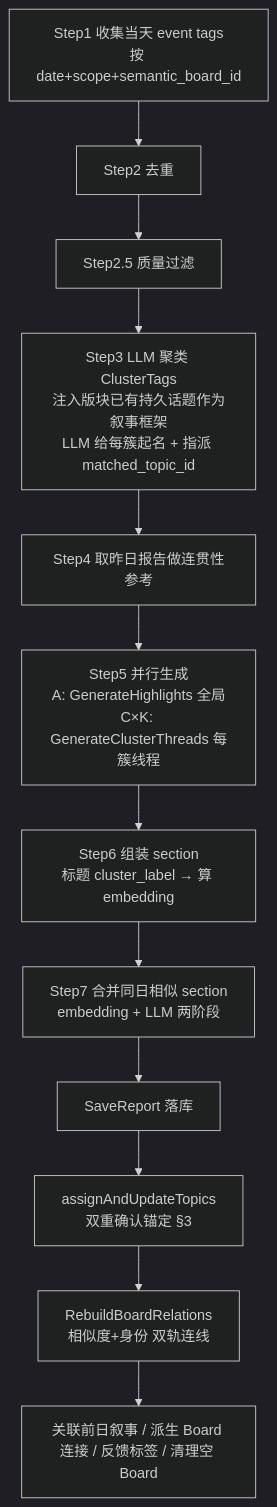
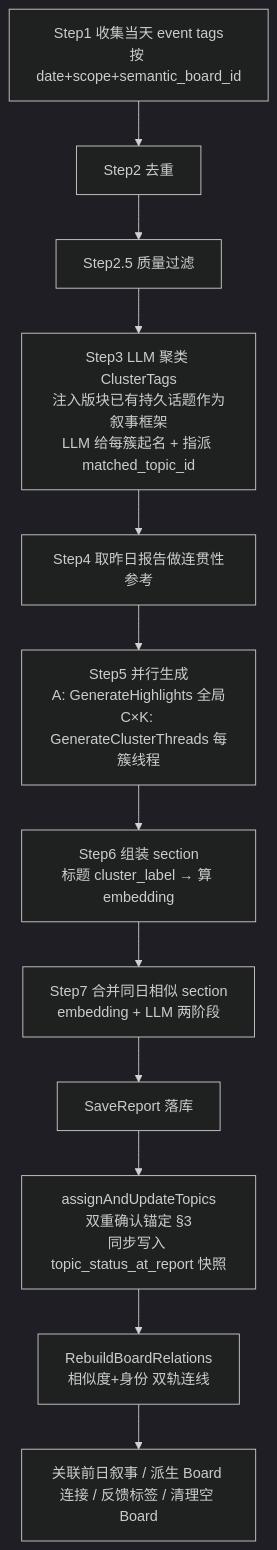
One commit to ZanebonoAlter/my-robot changed the first of 2 diagrams in docs/reference/flow/daily-report.md. Above: the diagram before and after it, drawn with Mermaid (dark theme). The commit also changed other lines of this file and 8 other files, not shown here.

````diff
--- a/docs/reference/flow/daily-report.md
+++ b/docs/reference/flow/daily-report.md
@@ -36,14 +36,14 @@
 ```mermaid
 flowchart TD
   STEP1[Step1 收集当天 event tags<br/>按 date+scope+semantic_board_id] --> STEP2[Step2 去重]
   STEP2 --> STEP2_5[Step2.5 质量过滤]
   STEP2_5 --> STEP3[Step3 LLM 聚类 ClusterTags<br/>注入版块已有持久话题作为叙事框架<br/>LLM 给每簇起名 + 指派 matched_topic_id]
   STEP3 --> STEP4[Step4 取昨日报告做连贯性参考]
   STEP4 --> STEP5[Step5 并行生成<br/>A: GenerateHighlights 全局<br/>C×K: GenerateClusterThreads 每簇线程]
   STEP5 --> STEP6[Step6 组装 section<br/>标题 cluster_label → 算 embedding]
   STEP6 --> STEP7[Step7 合并同日相似 section<br/>embedding + LLM 两阶段]
   STEP7 --> SAVE[SaveReport 落库]
-  SAVE --> ANCHOR[assignAndUpdateTopics<br/>双重确认锚定 §3]
+  SAVE --> ANCHOR[assignAndUpdateTopics<br/>双重确认锚定 §3<br/>同步写入 topic_status_at_report 快照]
   ANCHOR --> REL[RebuildBoardRelations<br/>相似度+身份 双轨连线]
   REL --> FALL[关联前日叙事 / 派生 Board 连接 / 反馈标签 / 清理空 Board]
 ```
````
